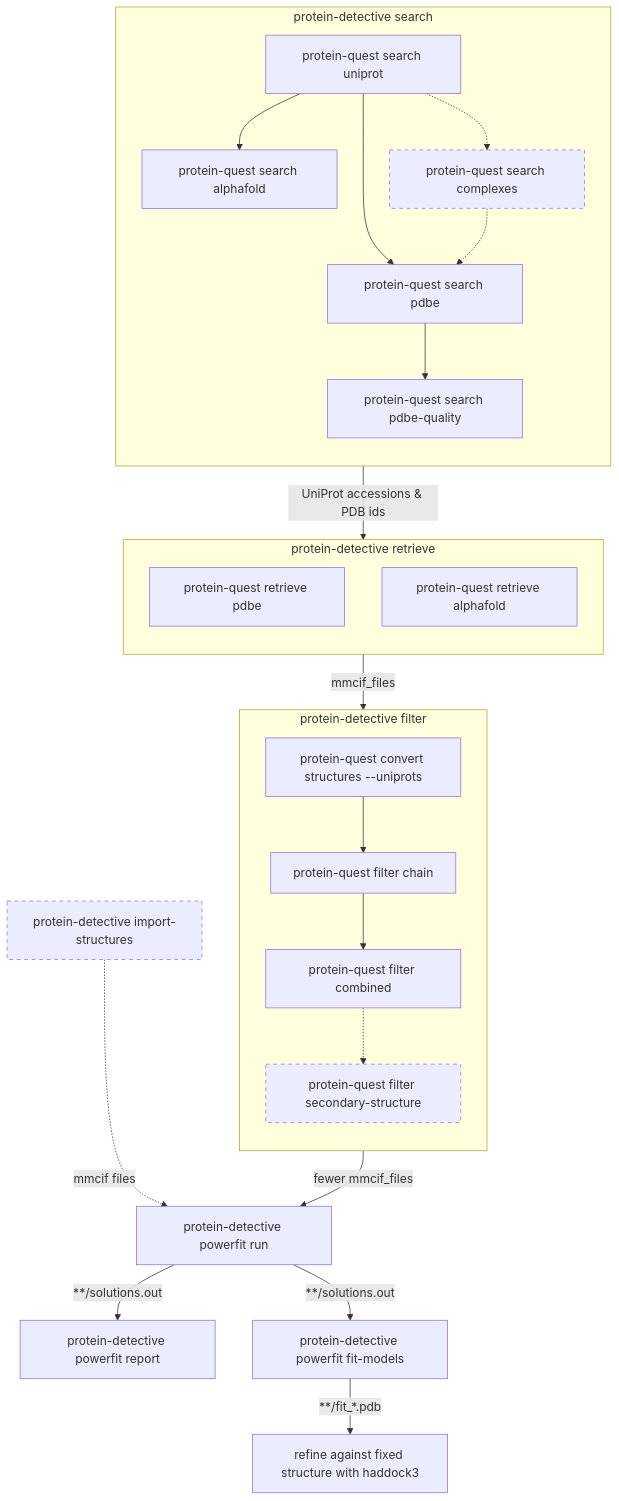
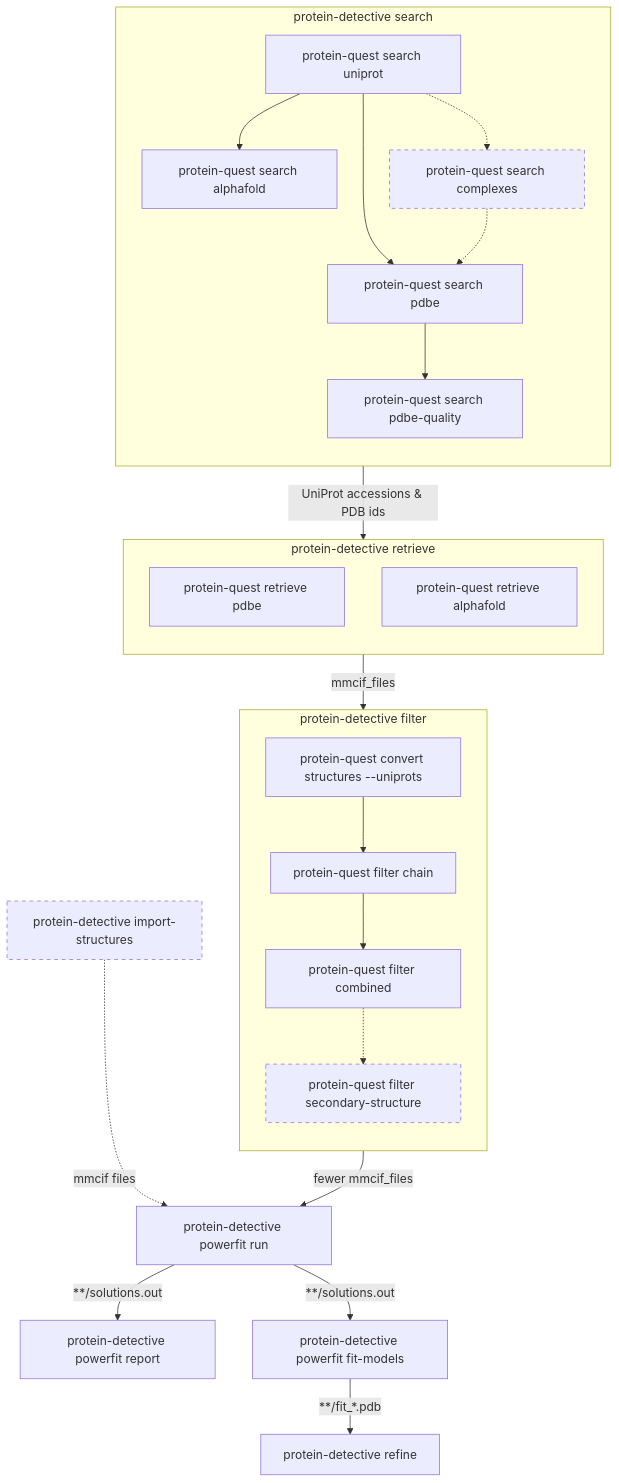
Before and after one commit to haddocking/protein-detective: the diagram in README.md, drawn with Mermaid. The commit also changed other lines of this file, not shown here.

Commit message:
Update diagram to use refine command
So it is similar to all other commands

````diff
--- a/README.md
+++ b/README.md
@@ -42,48 +42,48 @@
 ```mermaid
 flowchart TB
     subgraph search [protein-detective search]
         direction TB
         S2[protein-quest search uniprot]
         S3[protein-quest search alphafold]
         S4[protein-quest search pdbe]
         S5[protein-quest search pdbe-quality]
         S6[protein-quest search complexes]
         S2 --> S3 & S4
         S4 --> S5
         S2 -.-> S6
         S6 -.-> S4
     end
     search -- "UniProt accessions & PDB ids" --> retrieve
 
     subgraph retrieve [protein-detective retrieve]
         direction TB
         R2[protein-quest retrieve pdbe]
         R3[protein-quest retrieve alphafold]
     end
     retrieve -- "mmcif_files" --> filter
 
     subgraph filter [protein-detective filter]
         direction TB
         F2[protein-quest convert structures --uniprots]
         F3[protein-quest filter chain]
         F4[protein-quest filter combined]
         F5[protein-quest filter secondary-structure]
         F2 --> F3 --> F4 -.-> F5
     end
     filter -- "fewer mmcif_files" --> P1[protein-detective powerfit run]
 
     I1[protein-detective import-structures]
     I1 -. "mmcif files" .-> P1
 
     E1[protein-detective powerfit report]
     M1[protein-detective powerfit fit-models]
     P1 -- "**/solutions.out" --> E1 & M1
 
-    R1[refine against fixed structure with haddock3]
+    R1[protein-detective refine]
     M1 -- "**/fit_*.pdb" --> R1
 
     classDef dashedBorder stroke-dasharray: 5 5;
     S6:::dashedBorder
     F5:::dashedBorder
     I1:::dashedBorder
 ```
````
